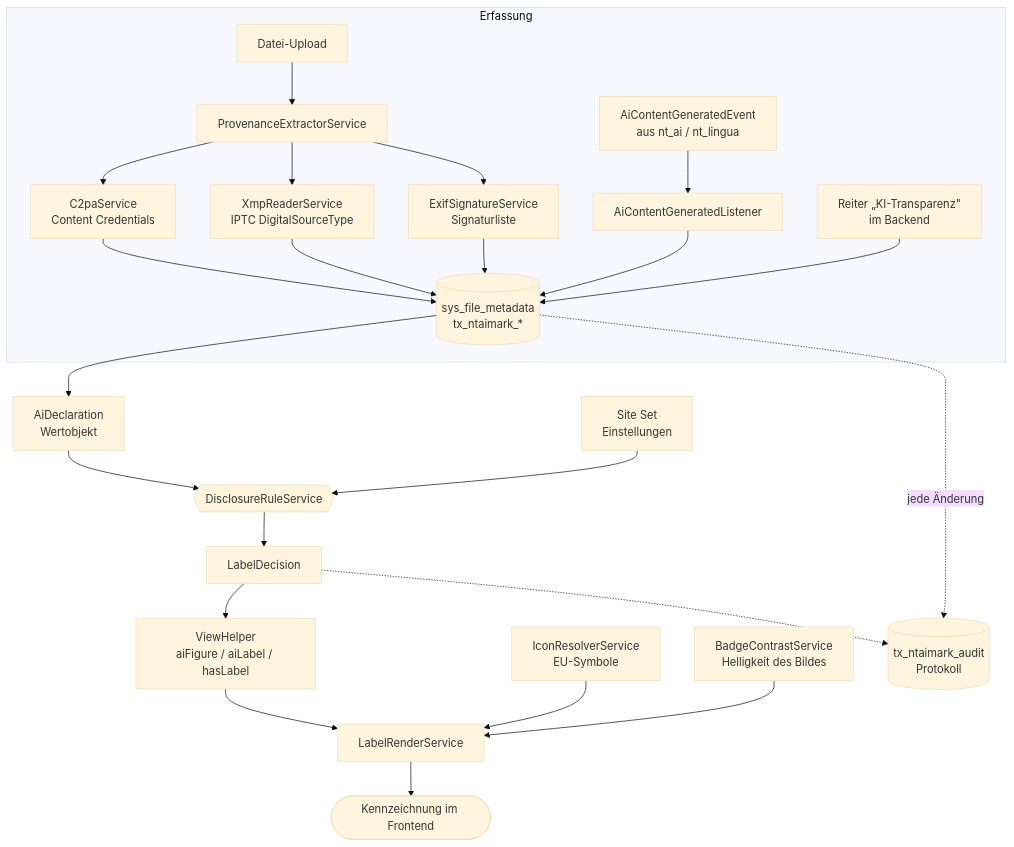
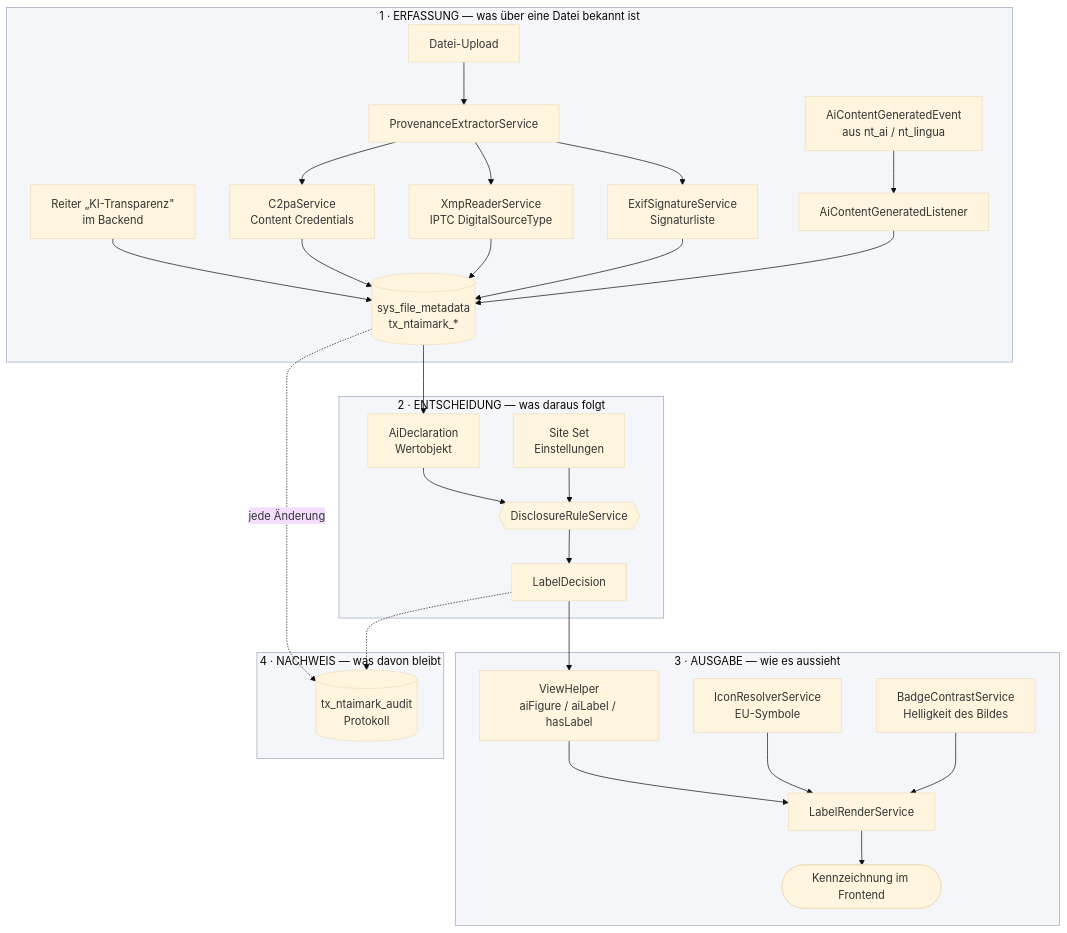
Before and after one commit to netthinks/nt_aimark: the first of 7 diagrams in Documentation/Architektur.md, drawn with Mermaid (base theme). The commit also changed other lines of this file and 2 other files, not shown here.

Commit message:
Uebersichtsdiagramm: alle vier Stufen als Kasten, nicht nur die erste
Nur die Erfassung stand in einem grauen Kasten, der Rest lag frei daneben —
das sah nach halber Arbeit aus und liess offen, was der untere Teil eigentlich
ist. Jetzt hat jede Stufe ihren Kasten mit Nummer und Frage: Erfassung (was
ist bekannt), Entscheidung (was folgt daraus), Ausgabe (wie sieht es aus),
Nachweis (was bleibt davon).

Die Tabelle darueber nannte drei Stufen, das Diagramm zeigte vier Bereiche.
Sie nennt jetzt ebenfalls vier und verweist ausdruecklich auf die Kaesten,
damit Text und Bild dasselbe sagen.

Geprueft: alle sieben Diagramme parsen, das Uebersichtsdiagramm rendert mit
vier beschrifteten Kaesten.

````diff
--- a/Documentation/Architektur.md
+++ b/Documentation/Architektur.md
@@ -24,30 +27,41 @@
 ```mermaid
 flowchart TB
-    subgraph Erfassung
+    subgraph erfassung["1 · ERFASSUNG — was über eine Datei bekannt ist"]
         upload[Datei-Upload] --> extract[ProvenanceExtractorService]
         extract --> c2pa[C2paService<br/>Content Credentials]
         extract --> xmp[XmpReaderService<br/>IPTC DigitalSourceType]
         extract --> exif[ExifSignatureService<br/>Signaturliste]
         event[AiContentGeneratedEvent<br/>aus nt_ai / nt_lingua] --> listener[AiContentGeneratedListener]
         form[Reiter „KI-Transparenz&quot;<br/>im Backend] --> meta
+        c2pa --> meta[(sys_file_metadata<br/>tx_ntaimark_*)]
+        xmp --> meta
+        exif --> meta
+        listener --> meta
     end
 
-    c2pa --> meta[(sys_file_metadata<br/>tx_ntaimark_*)]
-    xmp --> meta
-    exif --> meta
-    listener --> meta
+    subgraph entscheidung["2 · ENTSCHEIDUNG — was daraus folgt"]
+        decl[AiDeclaration<br/>Wertobjekt] --> rules{{DisclosureRuleService}}
+        settings[Site Set<br/>Einstellungen] --> rules
+        rules --> decision[LabelDecision]
+    end
 
-    meta --> decl[AiDeclaration<br/>Wertobjekt]
-    decl --> rules{{DisclosureRuleService}}
-    settings[Site Set<br/>Einstellungen] --> rules
-    rules --> decision[LabelDecision]
+    subgraph ausgabe["3 · AUSGABE — wie es aussieht"]
+        vh[ViewHelper<br/>aiFigure / aiLabel / hasLabel] --> render[LabelRenderService]
+        icons[IconResolverService<br/>EU-Symbole] --> render
+        contrast[BadgeContrastService<br/>Helligkeit des Bildes] --> render
+        render --> out([Kennzeichnung im Frontend])
+    end
 
-    decision --> vh[ViewHelper<br/>aiFigure / aiLabel / hasLabel]
-    vh --> render[LabelRenderService]
-    icons[IconResolverService<br/>EU-Symbole] --> render
-    contrast[BadgeContrastService<br/>Helligkeit des Bildes] --> render
-    render --> out([Kennzeichnung im Frontend])
+    subgraph nachweis["4 · NACHWEIS — was davon bleibt"]
+        audit[(tx_ntaimark_audit<br/>Protokoll)]
+    end
 
-    meta -.jede Änderung.-> audit[(tx_ntaimark_audit<br/>Protokoll)]
+    meta --> decl
+    decision --> vh
+
+    meta -.jede Änderung.-> audit
     decision -.-> audit
+
+    classDef stufe fill:#f4f6fa,stroke:#9aa6bd,stroke-width:1px
+    class erfassung,entscheidung,ausgabe,nachweis stufe
 ```
````
